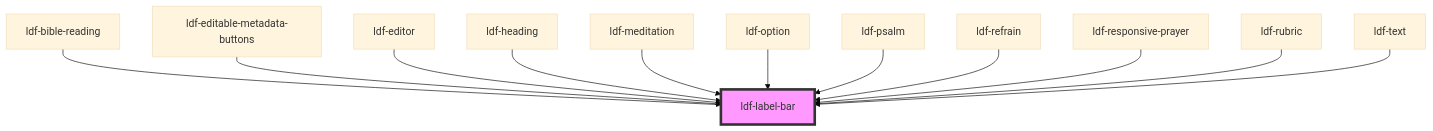
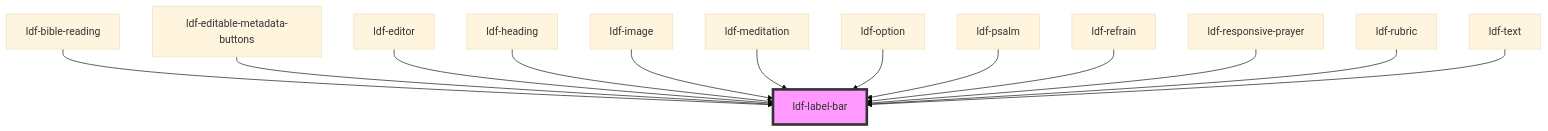
One commit to gbj/venite changed the diagram in components/src/components/label-bar/readme.md. Above: the diagram before and after it, drawn with Mermaid (base theme). The commit also changed other lines of this file and 16 other files, not shown here.

````diff
--- a/components/src/components/label-bar/readme.md
+++ b/components/src/components/label-bar/readme.md
@@ -32,15 +33,16 @@
 ```mermaid
 graph TD;
   ldf-bible-reading --> ldf-label-bar
   ldf-editable-metadata-buttons --> ldf-label-bar
   ldf-editor --> ldf-label-bar
   ldf-heading --> ldf-label-bar
+  ldf-image --> ldf-label-bar
   ldf-meditation --> ldf-label-bar
   ldf-option --> ldf-label-bar
   ldf-psalm --> ldf-label-bar
   ldf-refrain --> ldf-label-bar
   ldf-responsive-prayer --> ldf-label-bar
   ldf-rubric --> ldf-label-bar
   ldf-text --> ldf-label-bar
   style ldf-label-bar fill:#f9f,stroke:#333,stroke-width:4px
 ```
````
